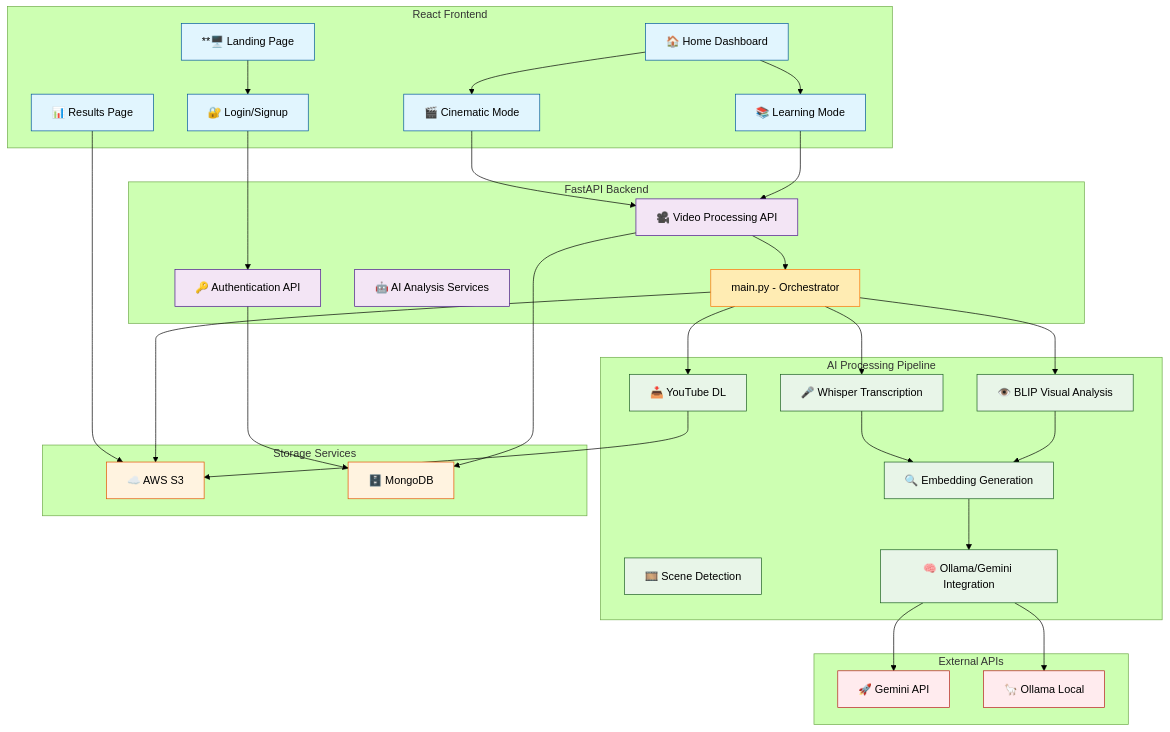
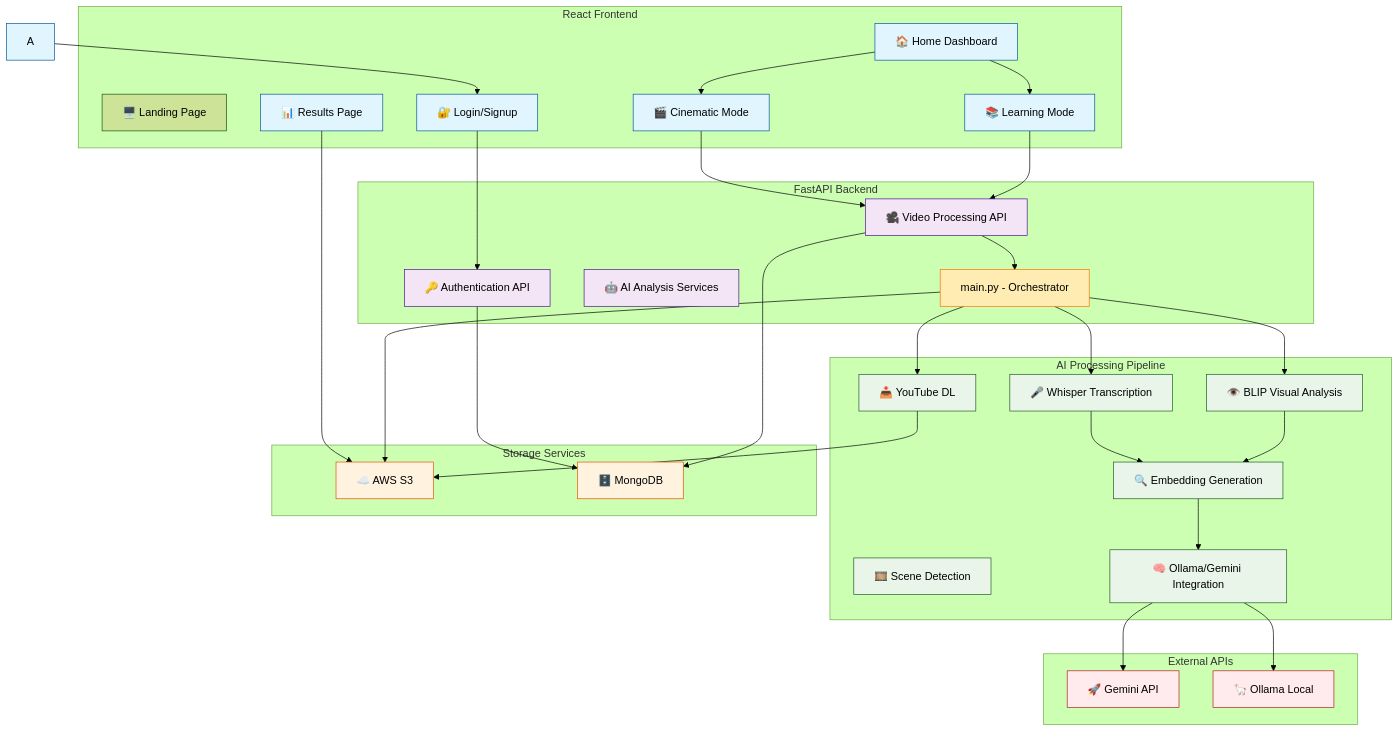
Before and after one commit to PraneshPK2005/teaser_generation: the first of 2 diagrams in README.md, drawn with Mermaid (forest theme).

````diff
--- a/README.md
+++ b/README.md
@@ -8,79 +8,79 @@
 ```mermaid
 graph TB
     %% Frontend Layer
     subgraph Frontend [React Frontend]
-        A[**🖥️ Landing Page]
+        **A[🖥️ Landing Page]
         B[🔐 Login/Signup]
         C[🏠 Home Dashboard]
         D[🎬 Cinematic Mode]
         E[📚 Learning Mode]
         F[📊 Results Page]
     end
 
     %% Backend Layer
     subgraph Backend [FastAPI Backend]
         G[🔑 Authentication API]
         H[🎥 Video Processing API]
         I[🤖 AI Analysis Services]
         Main[main.py - Orchestrator]
     end
 
     %% AI Processing Layer
     subgraph AIProcessing [AI Processing Pipeline]
         J[📥 YouTube DL]
         K[🎤 Whisper Transcription]
         L[👁️ BLIP Visual Analysis]
         M[🎞️ Scene Detection]
         N[🔍 Embedding Generation]
         O[🧠 Ollama/Gemini Integration]
     end
 
     %% Storage Layer
     subgraph Storage [Storage Services]
         P[☁️ AWS S3]
         Q[🗄️ MongoDB]
     end
 
     %% External Services
     subgraph External [External APIs]
         R[🚀 Gemini API]
         S[🦙 Ollama Local]
     end
 
     %% Connections
     A --> B
     B --> G
     C --> D
     C --> E
     D --> H
     E --> H
     H --> Main
     Main --> J
     Main --> K
     Main --> L
     J --> P
     K --> N
     L --> N
     N --> O
     O --> R
     O --> S
     G --> Q
     H --> Q
     F --> P
     Main --> P
 
     %% Styling
     classDef frontend fill:#e1f5fe,stroke:#01579b;
     classDef backend fill:#f3e5f5,stroke:#4a148c;
     classDef ai fill:#e8f5e8,stroke:#1b5e20;
     classDef storage fill:#fff3e0,stroke:#e65100;
     classDef external fill:#ffebee,stroke:#b71c1c;
     classDef orchestrator fill:#ffecb3,stroke:#ff6f00;
     
     class A,B,C,D,E,F frontend;
     class G,H,I backend;
     class J,K,L,M,N,O ai;
     class P,Q storage;
     class R,S external;
     class Main orchestrator;
 ```
````
